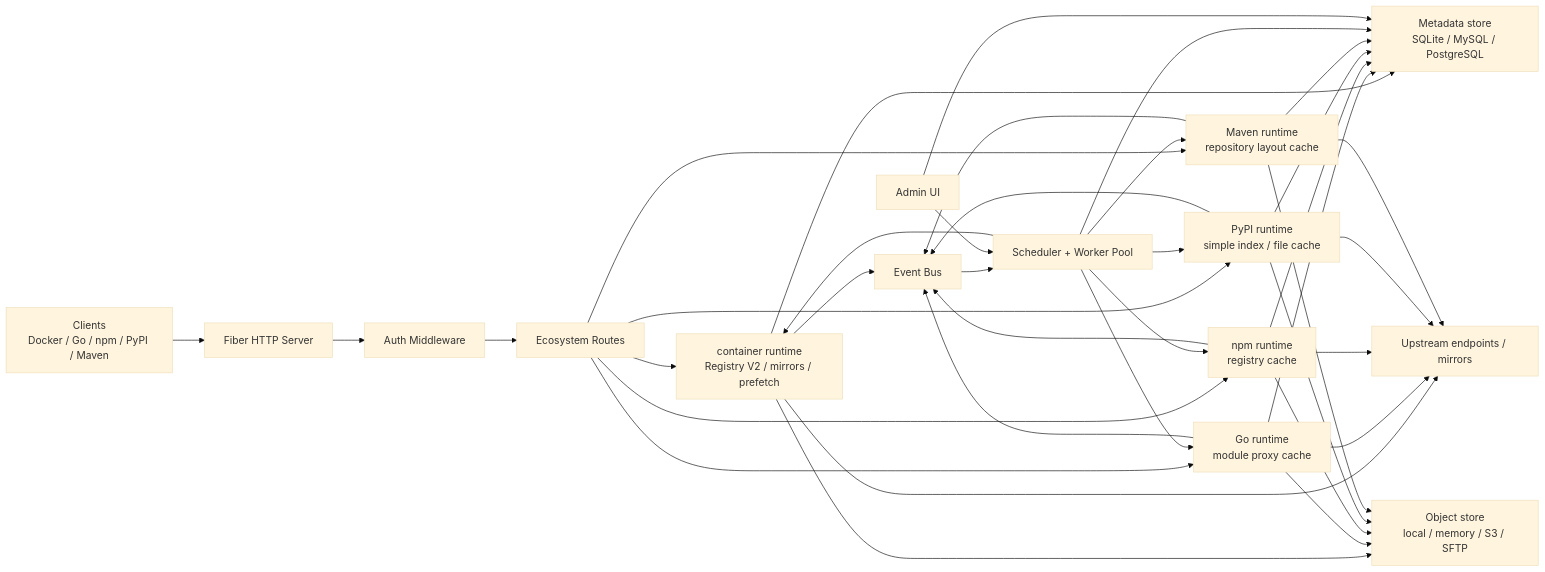
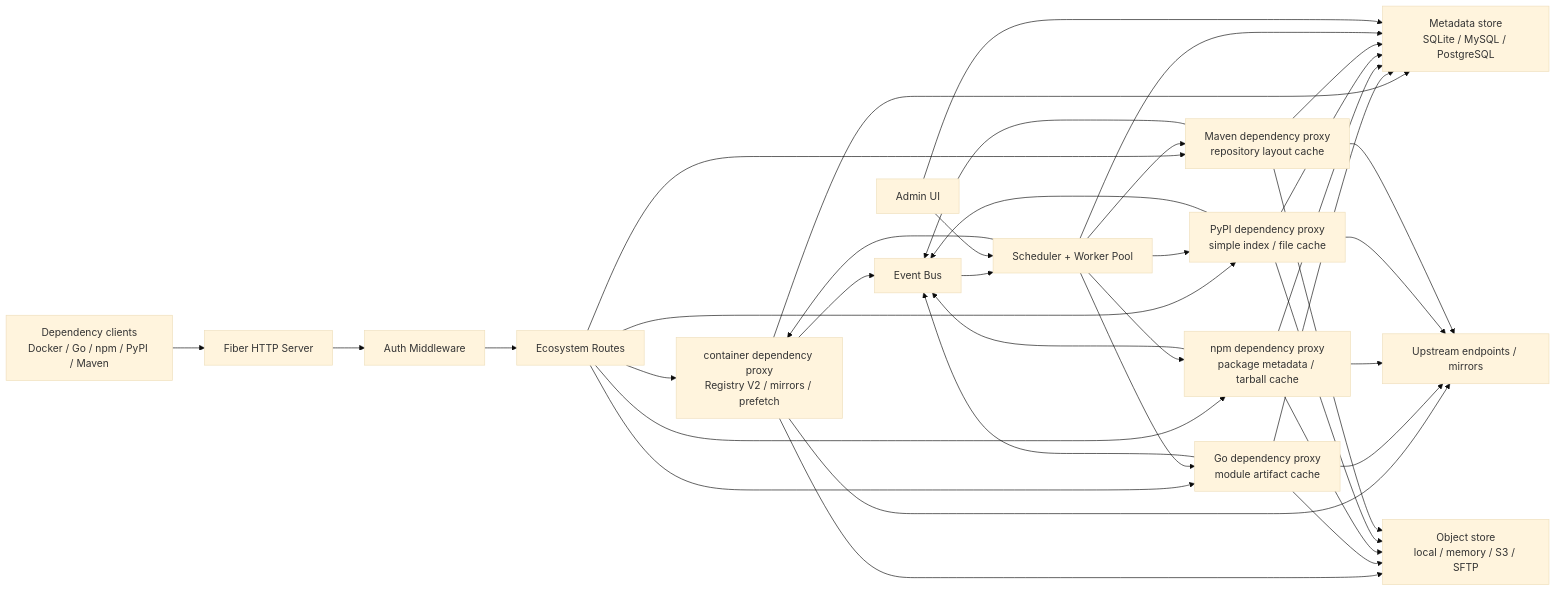
The first of 4 diagrams in docs/en/design.md (lyonbrown4d/regimux), drawn with Mermaid (base theme) before and after one commit. The commit also changed other lines of this file and 36 other files, not shown here.

Commit message:
ensure container pulls populate blob cache

````diff
--- a/docs/en/design.md
+++ b/docs/en/design.md
@@ -13,44 +15,44 @@
 ```mermaid
 flowchart LR
-  client["Clients<br/>Docker / Go / npm / PyPI / Maven"] --> api["Fiber HTTP Server"]
+  client["Dependency clients<br/>Docker / Go / npm / PyPI / Maven"] --> api["Fiber HTTP Server"]
   api --> auth["Auth Middleware"]
   auth --> routes["Ecosystem Routes"]
-  routes --> container["container runtime<br/>Registry V2 / mirrors / prefetch"]
-  routes --> golang["Go runtime<br/>module proxy cache"]
-  routes --> npm["npm runtime<br/>registry cache"]
-  routes --> pypi["PyPI runtime<br/>simple index / file cache"]
-  routes --> maven["Maven runtime<br/>repository layout cache"]
+  routes --> container["container dependency proxy<br/>Registry V2 / mirrors / prefetch"]
+  routes --> golang["Go dependency proxy<br/>module artifact cache"]
+  routes --> npm["npm dependency proxy<br/>package metadata / tarball cache"]
+  routes --> pypi["PyPI dependency proxy<br/>simple index / file cache"]
+  routes --> maven["Maven dependency proxy<br/>repository layout cache"]
 
   container --> upstreams["Upstream endpoints / mirrors"]
   golang --> upstreams
   npm --> upstreams
   pypi --> upstreams
   maven --> upstreams
 
   container --> meta["Metadata store<br/>SQLite / MySQL / PostgreSQL"]
   golang --> meta
   npm --> meta
   pypi --> meta
   maven --> meta
 
   container --> objects["Object store<br/>local / memory / S3 / SFTP"]
   golang --> objects
   npm --> objects
   pypi --> objects
   maven --> objects
 
   scheduler["Scheduler + Worker Pool"] --> container
   scheduler --> golang
   scheduler --> npm
   scheduler --> pypi
   scheduler --> maven
   events["Event Bus"] --> scheduler
   container --> events
   golang --> events
   npm --> events
   pypi --> events
   maven --> events
   scheduler --> meta
   admin["Admin UI"] --> scheduler
   admin --> meta
 ```
````
